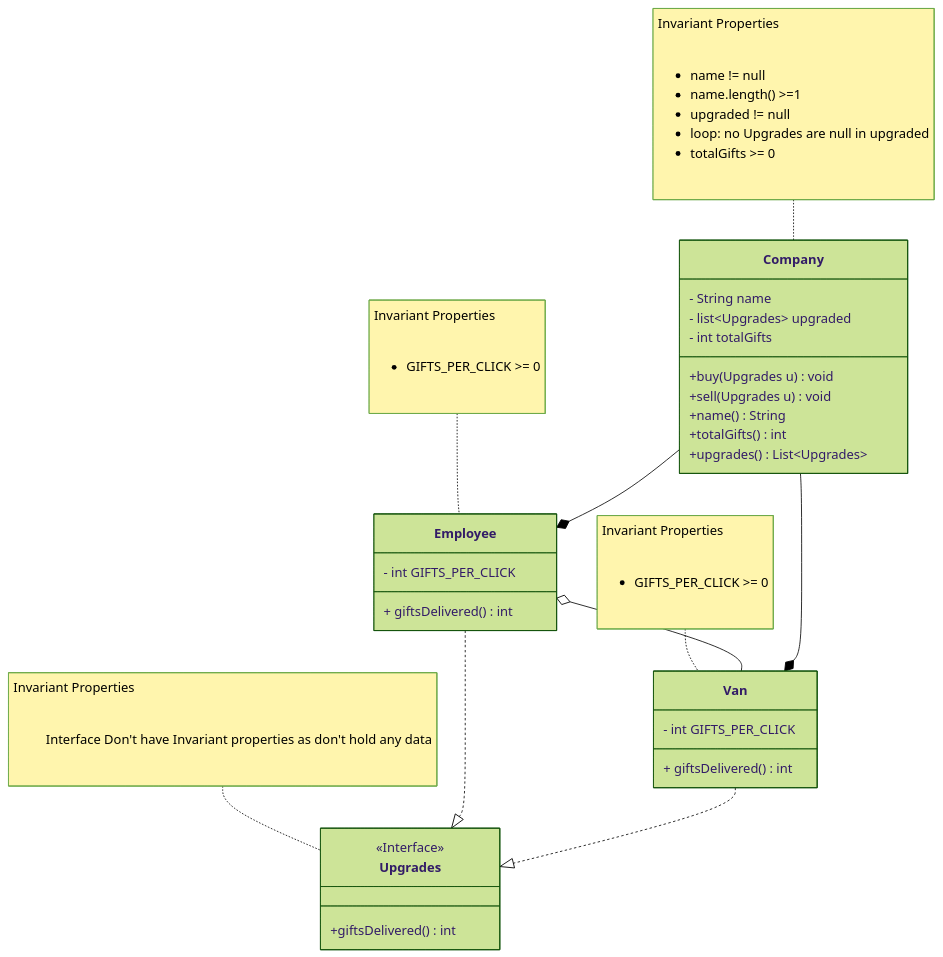
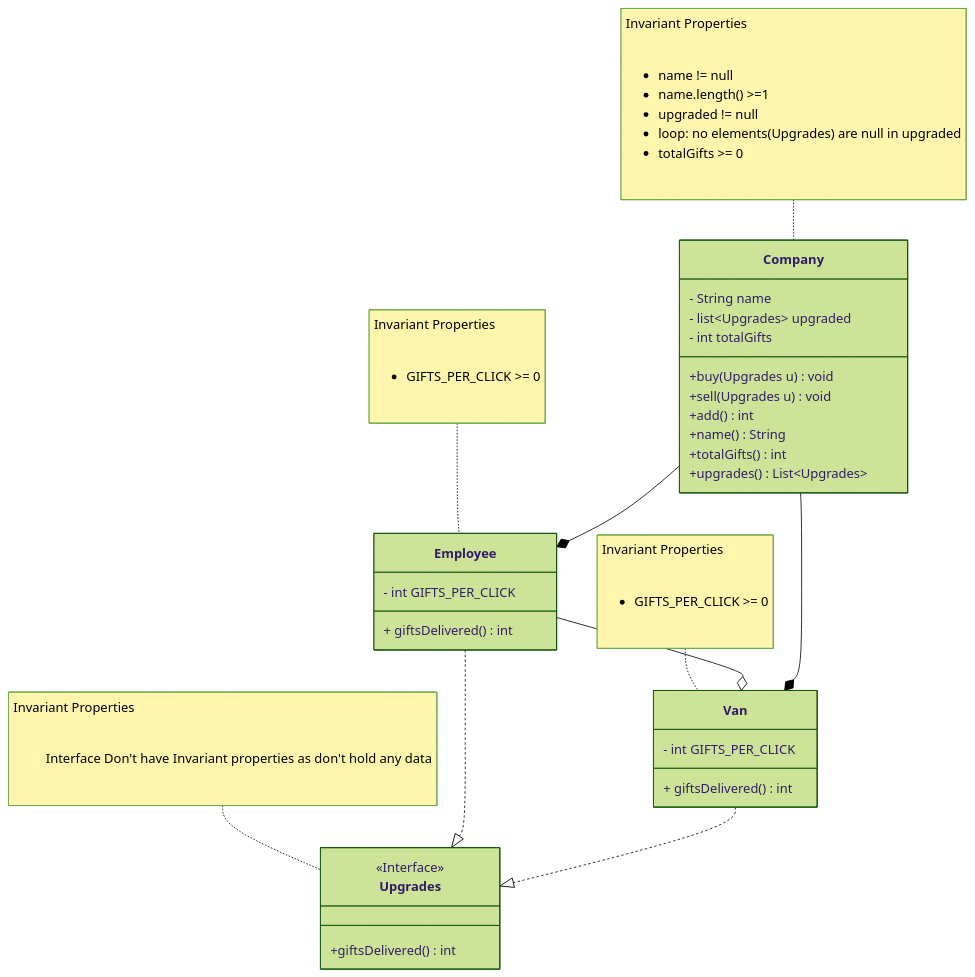
One commit to umangmehta0007/Clicker changed the diagram in domain.md. Above: the diagram before and after it, drawn with Mermaid (forest theme).

Commit message:
Added method add in domain model, as we would need to add gifts based on upgrades

````diff
--- a/domain.md
+++ b/domain.md
@@ -9,68 +9,71 @@
 ```mermaid
 classDiagram
         
         note for Company "Invariant Properties
              <ul> 
                 <li> name != null
                 <li> name.length() >=1
                 <li>upgraded != null
-                <li> loop: no Upgrades are null in upgraded
+                <li> loop: no elements(Upgrades) are null in upgraded
                 <li> totalGifts >= 0
             </ul>
         "
     
     class Company{
         - String name
         - list~Upgrades~ upgraded
         - int totalGifts
         
         +buy(Upgrades u) void
         +sell(Upgrades u) void
-
-    %% should I introduce getters for now or not needed.
-
+        +add() int 
+        
+        %% adding gifts to total gifts depending on upgrades you have
+        
+        
+        %% should I introduce getters for now or not needed.
         +name() String
         +totalGifts() int
         +upgrades() List~Upgrades~
         
     }
     note for Upgrades "Invariant Properties
              <ul> 
                 Interface Don't have Invariant properties as don't hold any data
             </ul>
         "
         
     class Upgrades{
         <<Interface>>
         +giftsDelivered() int
     }
 
     note for Employee "Invariant Properties
              <ul> 
                 <li> GIFTS_PER_CLICK >= 0
             </ul>
         "
     class Employee{
         - int GIFTS_PER_CLICK
         + giftsDelivered() int
     }
     
     note for Van "Invariant Properties
              <ul> 
                 <li> GIFTS_PER_CLICK >= 0
             </ul>
         "
     class Van{
         - int GIFTS_PER_CLICK
         + giftsDelivered() int
     }
     
-    Employee o-- Van
+    Employee --o Van
 
     Company--* Employee
     Company--* Van
     
     
     Employee..|>Upgrades
     Van..|>Upgrades
 ```
````
